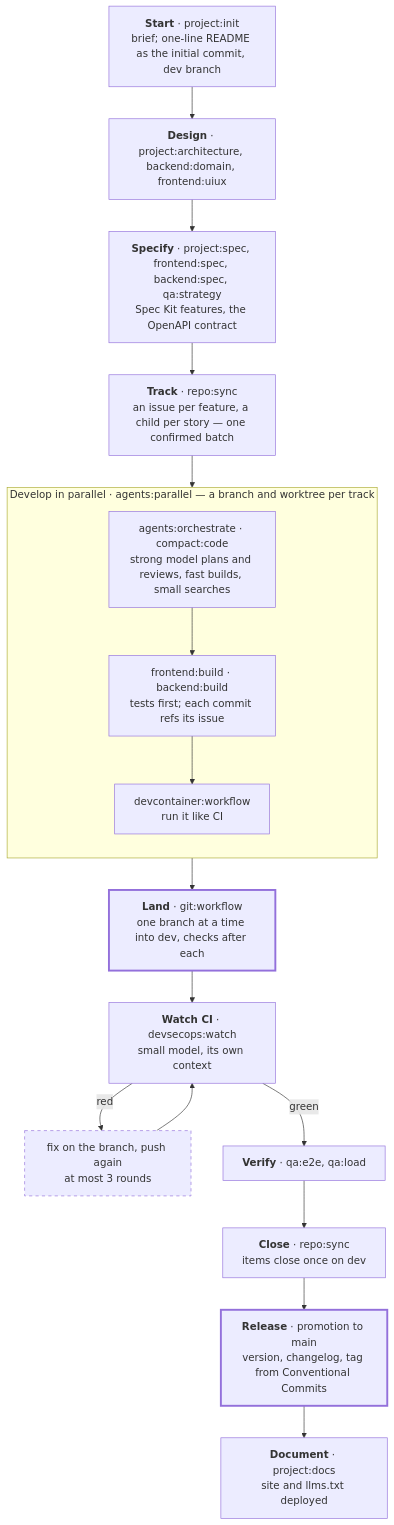
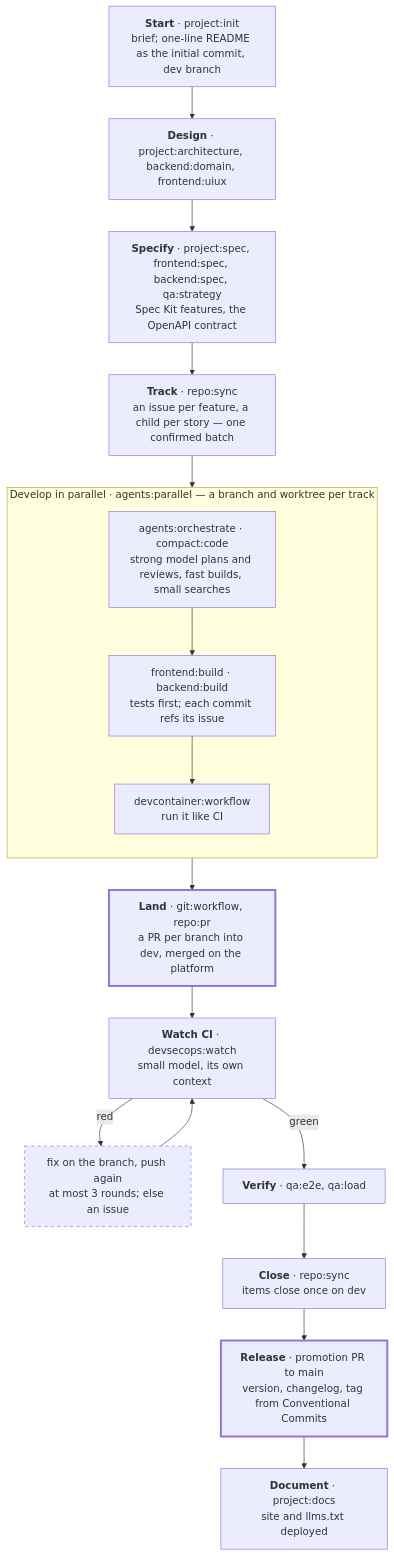
Before and after one commit to lucasvmigotto/ai-gent: the third of 3 diagrams in README.md, drawn with Mermaid. The commit also changed 12 other files, not shown here.

````diff
--- a/README.md
+++ b/README.md
@@ -287,32 +287,32 @@
 ```mermaid
 flowchart TD
     classDef asks stroke-width:3px
     classDef loop stroke-dasharray: 5 5
 
     init["<b>Start</b> · project:init<br/>brief; one-line README as the initial commit, dev branch"]
     design["<b>Design</b> · project:architecture, backend:domain, frontend:uiux"]
     specify["<b>Specify</b> · project:spec, frontend:spec, backend:spec, qa:strategy<br/>Spec Kit features, the OpenAPI contract"]
     track["<b>Track</b> · repo:sync<br/>an issue per feature, a child per story — one confirmed batch"]
     init --> design --> specify --> track
 
     subgraph parallel ["Develop in parallel · agents:parallel — a branch and worktree per track"]
         direction TB
         orchestrate["agents:orchestrate · compact:code<br/>strong model plans and reviews, fast builds, small searches"]
         build["frontend:build · backend:build<br/>tests first; each commit refs its issue"]
         run["devcontainer:workflow<br/>run it like CI"]
         orchestrate --> build --> run
     end
     track --> parallel
 
-    land["<b>Land</b> · git:workflow<br/>one branch at a time into dev, checks after each"]:::asks
+    land["<b>Land</b> · git:workflow, repo:pr<br/>a PR per branch into dev, merged on the platform"]:::asks
     watch["<b>Watch CI</b> · devsecops:watch<br/>small model, its own context"]
-    fix["fix on the branch, push again<br/>at most 3 rounds"]:::loop
+    fix["fix on the branch, push again<br/>at most 3 rounds; else an issue"]:::loop
     verify["<b>Verify</b> · qa:e2e, qa:load"]
     close["<b>Close</b> · repo:sync<br/>items close once on dev"]
-    release["<b>Release</b> · promotion to main<br/>version, changelog, tag from Conventional Commits"]:::asks
+    release["<b>Release</b> · promotion PR to main<br/>version, changelog, tag from Conventional Commits"]:::asks
     docs["<b>Document</b> · project:docs<br/>site and llms.txt deployed"]
 
     parallel --> land --> watch
     watch -- red --> fix --> watch
     watch -- green --> verify --> close --> release --> docs
 ```
````
